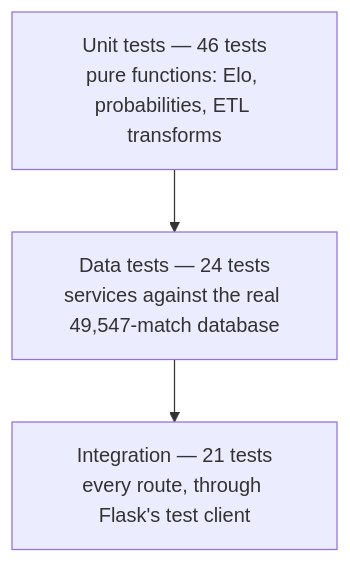
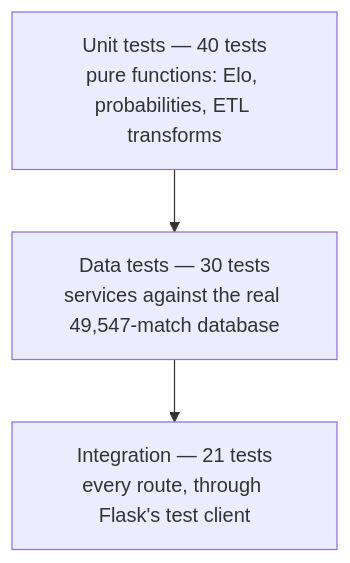
The diagram in docs/TESTING.md (Majeedkhan05/world-cup-analytics), drawn with Mermaid before and after one commit. The commit also changed other lines of this file, not shown here.

Commit message:
docs: correct test-pyramid counts to match the suite

````diff
--- a/docs/TESTING.md
+++ b/docs/TESTING.md
@@ -16,7 +16,7 @@
 ```mermaid
 flowchart TD
     A["Integration — 21 tests<br/>every route, through Flask's test client"]
-    B["Data tests — 24 tests<br/>services against the real 49,547-match database"]
-    C["Unit tests — 46 tests<br/>pure functions: Elo, probabilities, ETL transforms"]
+    B["Data tests — 30 tests<br/>services against the real 49,547-match database"]
+    C["Unit tests — 40 tests<br/>pure functions: Elo, probabilities, ETL transforms"]
     C --> B --> A
 ```
````
